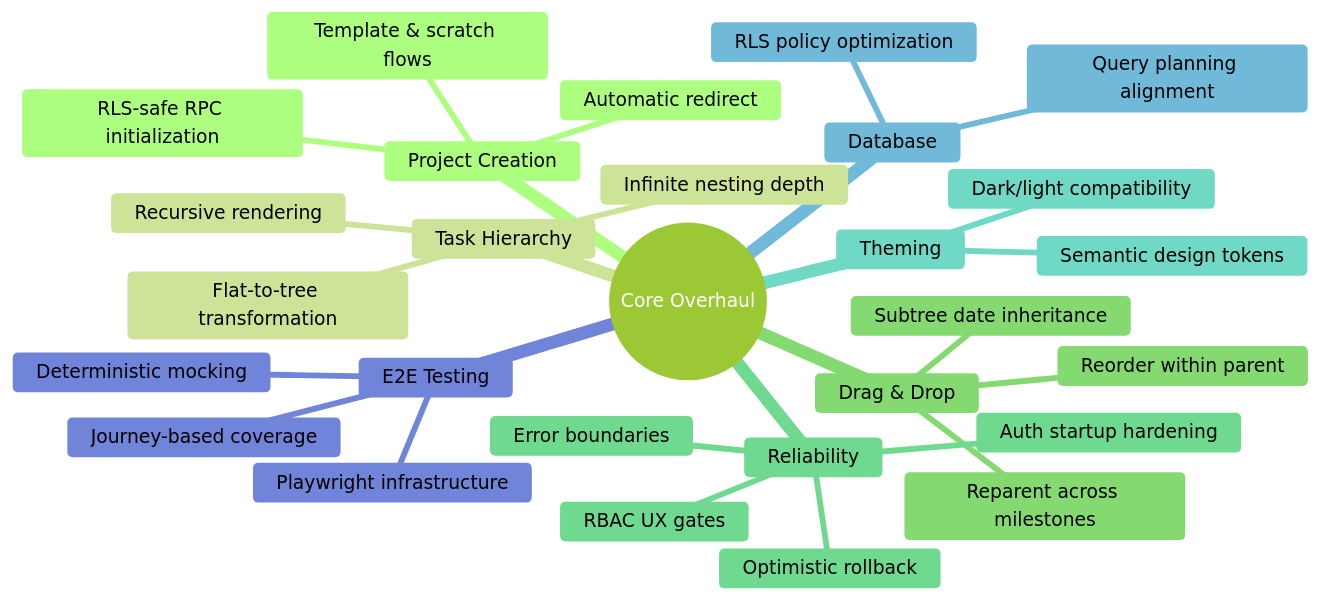
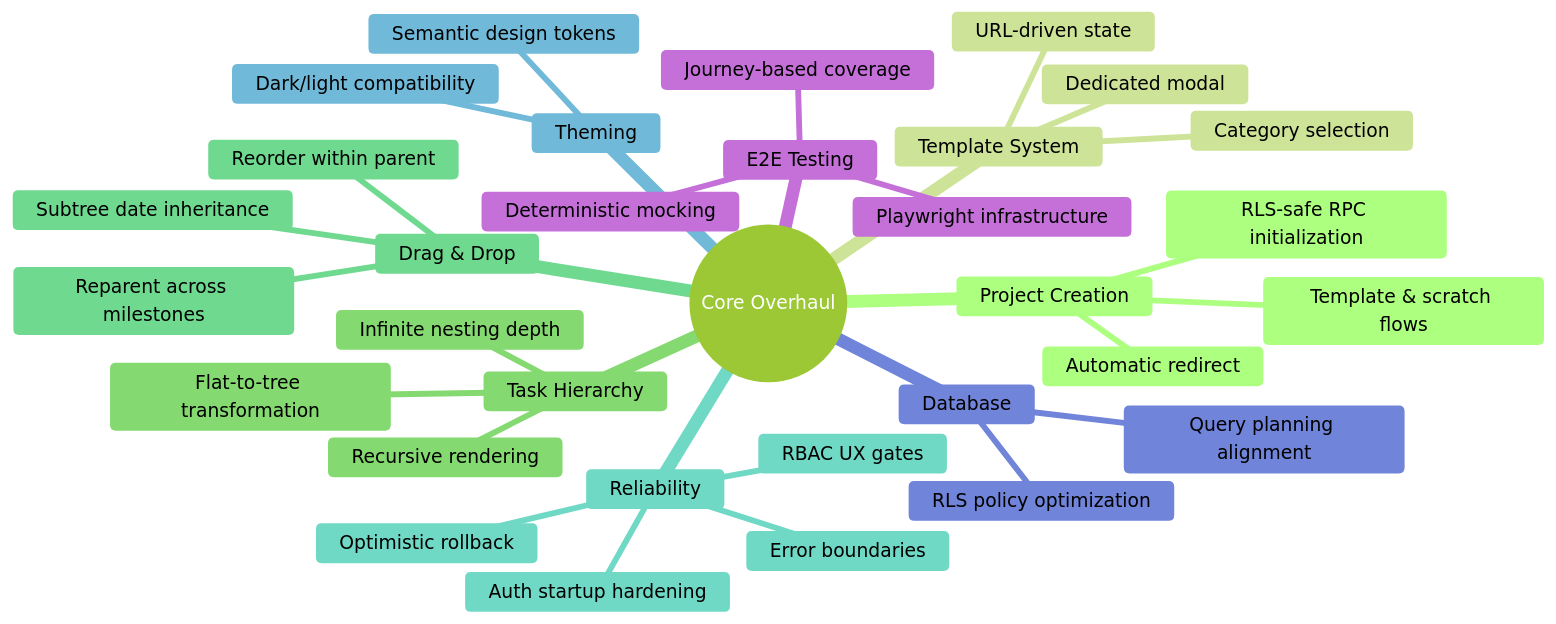
Before and after one commit to JoelA510/PlanterPlan-Alpha: the first of 10 diagrams in PR_DESCRIPTION_DRAFT.md, drawn with Mermaid (forest theme). The commit also changed other lines of this file, not shown here.

Commit message:
docs: expand PR description with Template System overview and diagrams

````diff
--- a/PR_DESCRIPTION_DRAFT.md
+++ b/PR_DESCRIPTION_DRAFT.md
@@ -11,31 +11,35 @@
 ```mermaid
 mindmap
   root((Core Overhaul))
     Project Creation
       RLS-safe RPC initialization
       Template & scratch flows
       Automatic redirect
+    Template System
+      Dedicated modal
+      URL-driven state
+      Category selection
     Task Hierarchy
       Recursive rendering
       Flat-to-tree transformation
       Infinite nesting depth
     Drag & Drop
       Reorder within parent
       Reparent across milestones
       Subtree date inheritance
     Reliability
       Auth startup hardening
       Error boundaries
       Optimistic rollback
       RBAC UX gates
     Theming
       Semantic design tokens
       Dark/light compatibility
     Database
       RLS policy optimization
       Query planning alignment
     E2E Testing
       Playwright infrastructure
       Journey-based coverage
       Deterministic mocking
 ```
````
